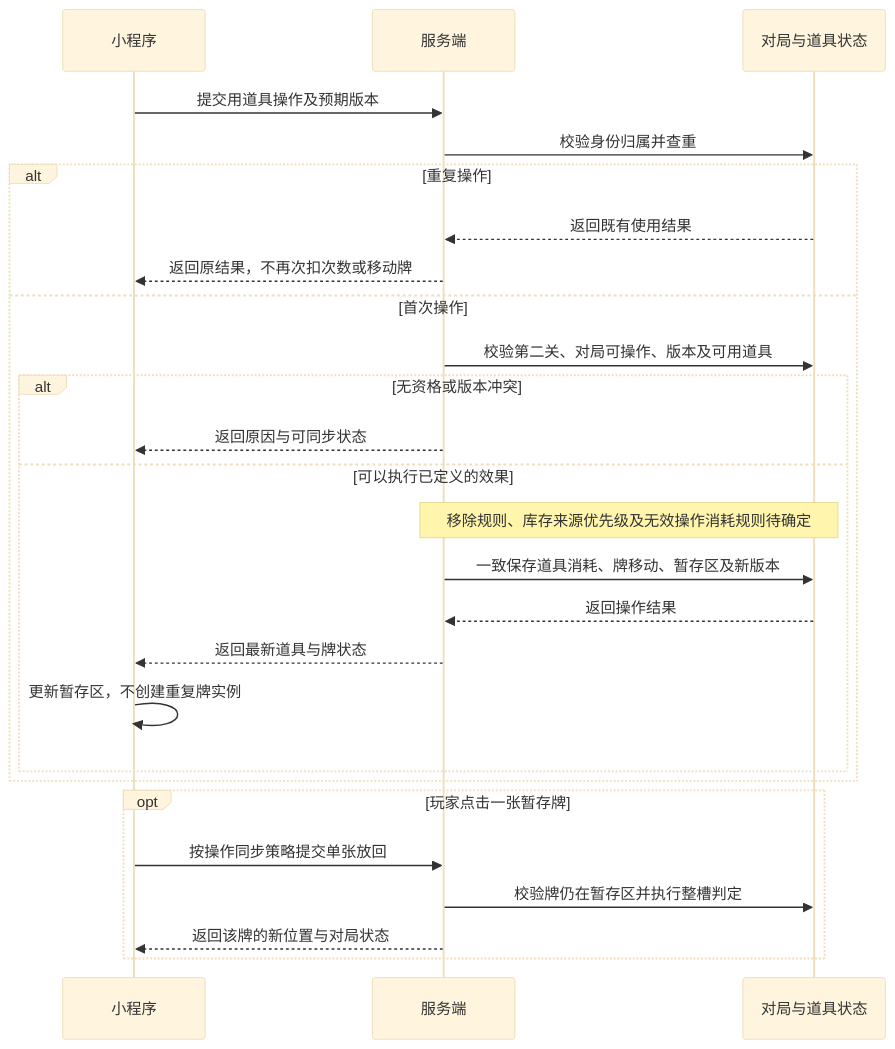
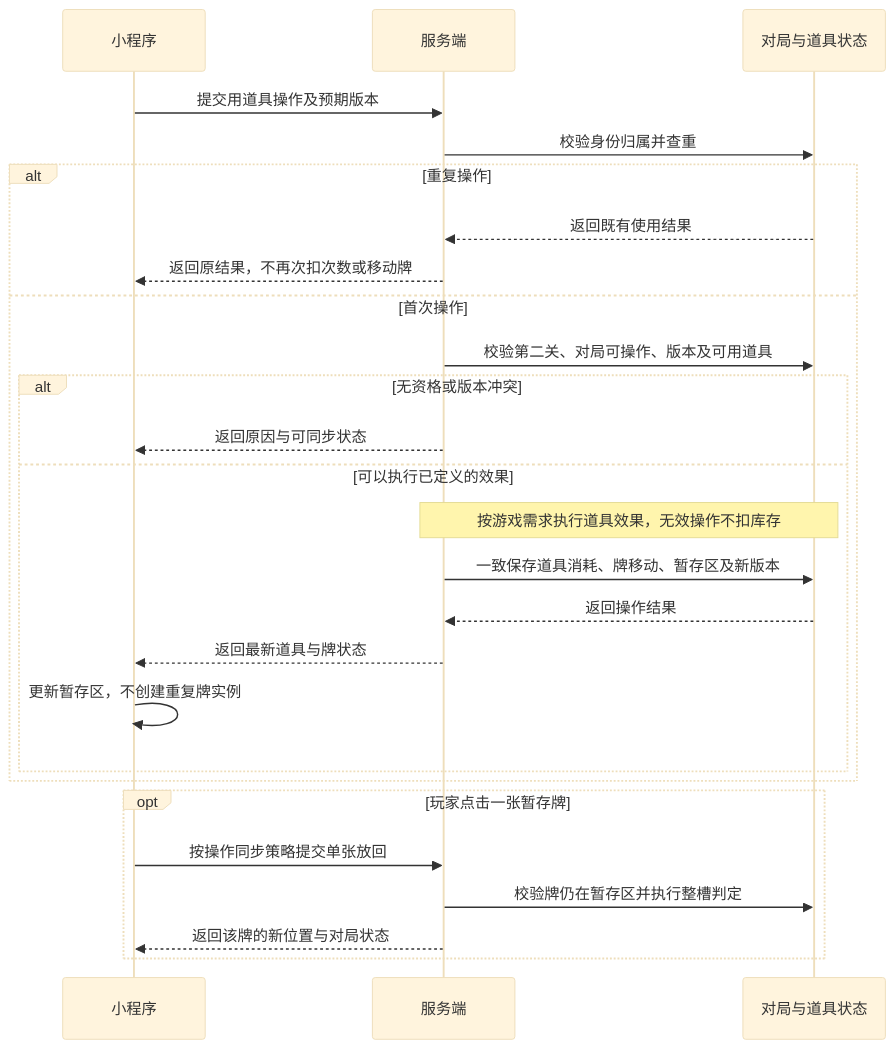
The third of 6 diagrams in docs/20-interfaces/GAME-CONTRACT.md (thundax-lyp/pretzel), drawn with Mermaid (base theme) before and after one commit. The commit also changed other lines of this file, not shown here.

````diff
--- a/docs/20-interfaces/GAME-CONTRACT.md
+++ b/docs/20-interfaces/GAME-CONTRACT.md
@@ -129,28 +186,28 @@
 ```mermaid
 sequenceDiagram
     participant C as 小程序
     participant S as 服务端
     participant D as 对局与道具状态
     C->>S: 提交用道具操作及预期版本
     S->>D: 校验身份归属并查重
     alt 重复操作
         D-->>S: 返回既有使用结果
         S-->>C: 返回原结果，不再次扣次数或移动牌
     else 首次操作
         S->>D: 校验第二关、对局可操作、版本及可用道具
         alt 无资格或版本冲突
             S-->>C: 返回原因与可同步状态
         else 可以执行已定义的效果
-            Note over S,D: 移除规则、库存来源优先级及无效操作消耗规则待确定
+            Note over S,D: 按游戏需求执行道具效果，无效操作不扣库存
             S->>D: 一致保存道具消耗、牌移动、暂存区及新版本
             D-->>S: 返回操作结果
             S-->>C: 返回最新道具与牌状态
             C->>C: 更新暂存区，不创建重复牌实例
         end
     end
     opt 玩家点击一张暂存牌
         C->>S: 按操作同步策略提交单张放回
         S->>D: 校验牌仍在暂存区并执行整槽判定
         S-->>C: 返回该牌的新位置与对局状态
     end
 ```
````
